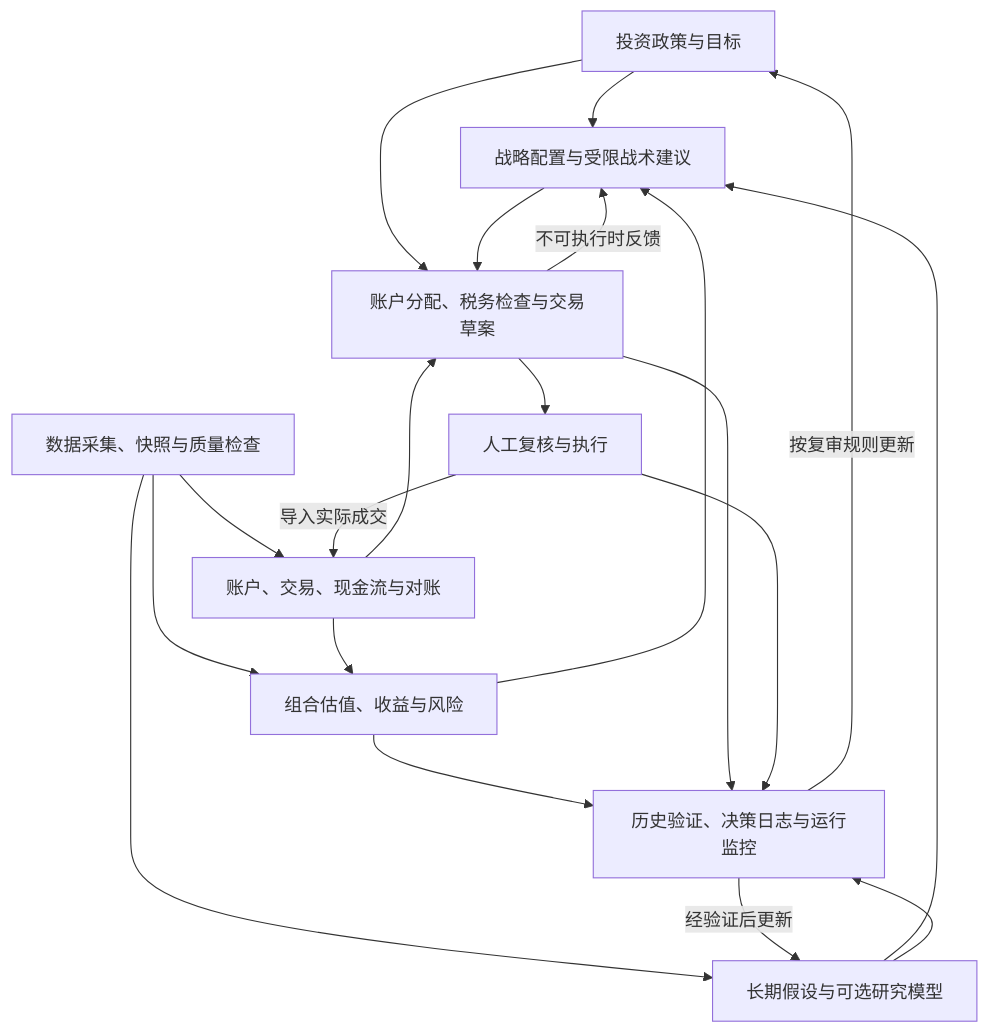
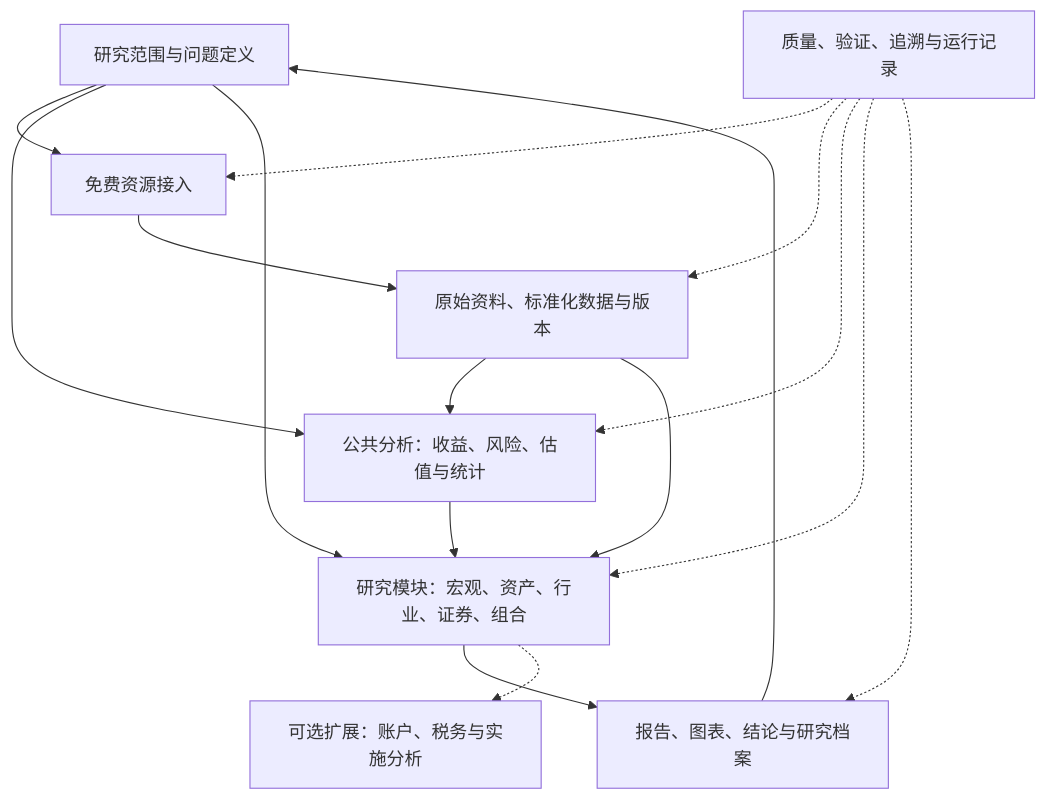
The diagram in docs/architecture.md (werneryang/investment-research-os), drawn with Mermaid before and after one commit. The commit also changed other lines of this file and 2 other files, not shown here.

First line of the commit message:
docs: rewrite architecture as V0.3 research framework and archive V0.2

````diff
--- a/docs/architecture.md
+++ b/docs/architecture.md
@@ -50,31 +54,26 @@
 ```mermaid
 flowchart TB
-    P[投资政策与目标]
-    D[数据采集、快照与质量检查]
-    B[账户、交易、现金流与对账]
-    A[组合估值、收益与风险]
-    R[长期假设与可选研究模型]
-    S[战略配置与受限战术建议]
-    I[账户分配、税务检查与交易草案]
-    H[人工复核与执行]
-    V[历史验证、决策日志与运行监控]
-    D --> B
-    D --> A
-    D --> R
-    B --> A
-    A --> S
-    R --> S
-    P --> S
-    P --> I
-    S --> I
-    B --> I
-    I -->|不可执行时反馈| S
-    I --> H
-    H -->|导入实际成交| B
-    A --> V
-    R --> V
-    I --> V
-    H --> V
-    V -->|按复审规则更新| P
-    V -->|经验证后更新| R
+    Q[研究范围与问题定义]
+    D[免费资源接入]
+    S[原始资料、标准化数据与版本]
+    A[公共分析：收益、风险、估值与统计]
+    M[研究模块：宏观、资产、行业、证券、组合]
+    O[报告、图表、结论与研究档案]
+    V[质量、验证、追溯与运行记录]
+    E[可选扩展：账户、税务与实施分析]
+    Q --> D
+    Q --> A
+    Q --> M
+    D --> S
+    S --> A
+    S --> M
+    A --> M
+    M --> O
+    O --> Q
+    V -.-> D
+    V -.-> S
+    V -.-> A
+    V -.-> M
+    V -.-> O
+    M -.-> E
 ```
````
